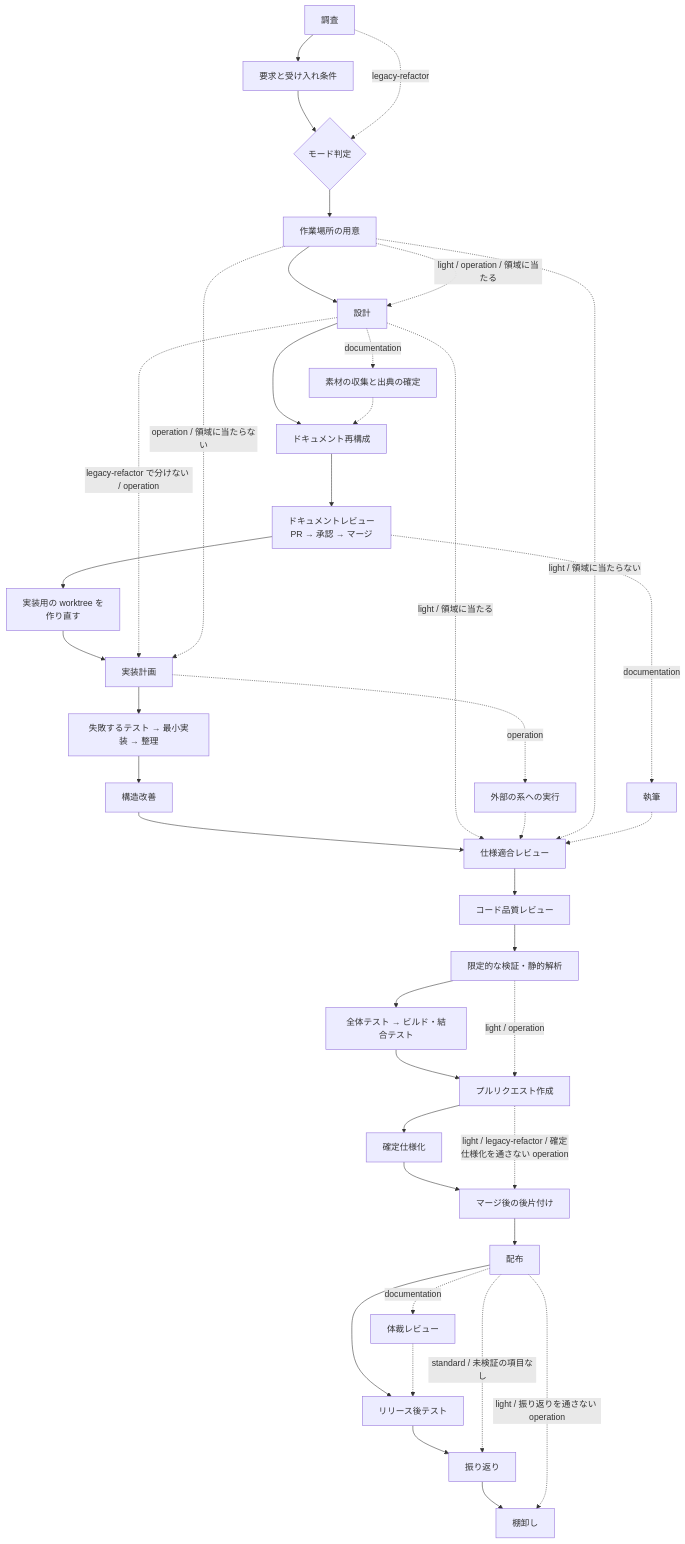
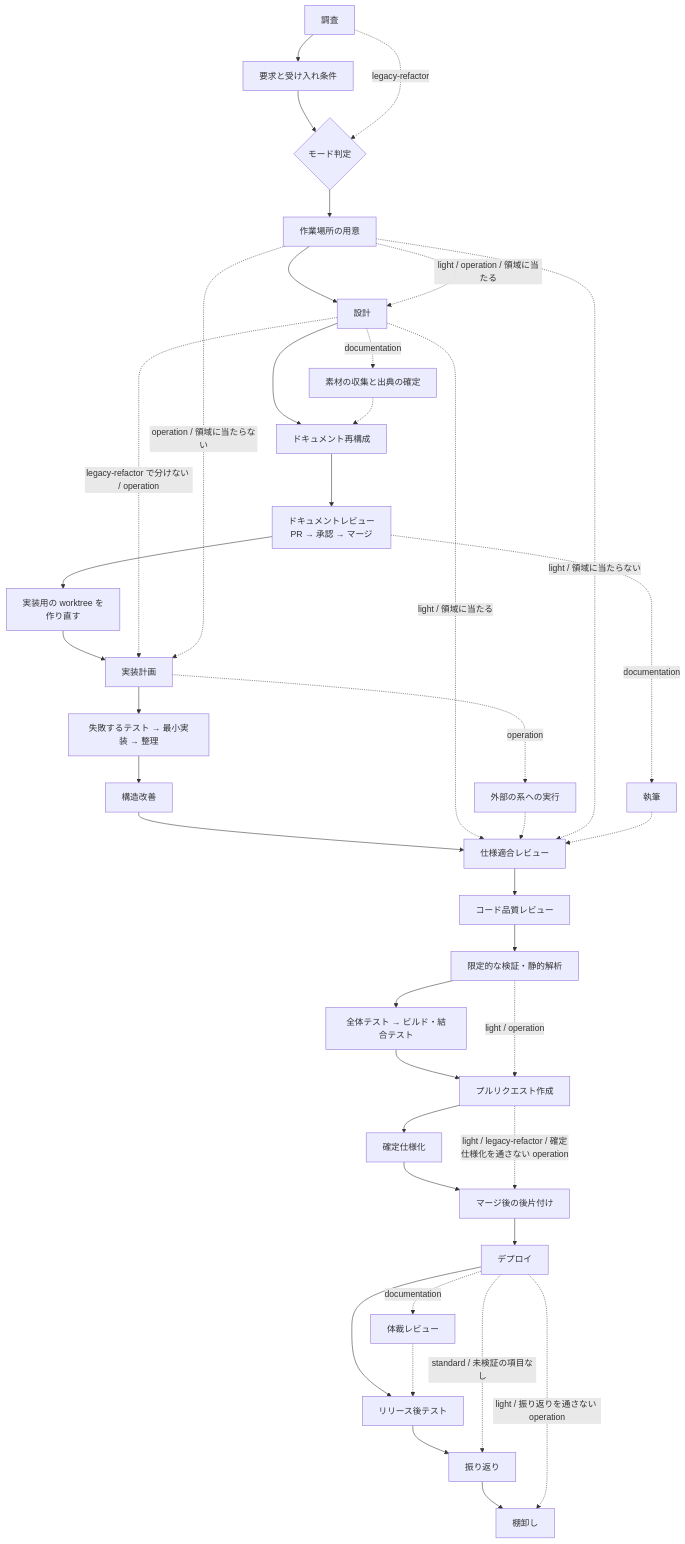
One commit to devbasex/ai-plugins changed the diagram in plugins/ndf/skills/development-workflow/references/workflow-modes.md. Above: the diagram before and after it, drawn with Mermaid. The commit also changed other lines of this file and 107 other files, not shown here.

````diff
--- a/plugins/ndf/skills/development-workflow/references/workflow-modes.md
+++ b/plugins/ndf/skills/development-workflow/references/workflow-modes.md
@@ -92,41 +92,41 @@
 ```mermaid
 flowchart TD
     A[調査] --> B[要求と受け入れ条件]
     B --> D{モード判定}
     D --> S[作業場所の用意]
     S --> C[設計]
     C --> DR[ドキュメント再構成]
     DR --> F[ドキュメントレビュー<br/>PR → 承認 → マージ]
     F --> W[実装用の worktree を<br/>作り直す]
     W --> G[実装計画]
     G --> H[失敗するテスト → 最小実装 → 整理]
     H --> R[構造改善]
     R --> I[仕様適合レビュー]
     I --> J[コード品質レビュー]
     J --> K[限定的な検証・静的解析]
     K --> N[全体テスト → ビルド・結合テスト]
     N --> L[プルリクエスト作成]
     L --> M[確定仕様化]
     M --> P[マージ後の後片付け]
-    P --> RL[配布]
+    P --> RL[デプロイ]
     RL --> Q[リリース後テスト]
     Q --> T[振り返り] --> BR[棚卸し]
     RL -.->|standard / 未検証の項目なし| T
     A -.->|legacy-refactor| D
     C -.->|"legacy-refactor で分けない / operation"| G
     C -.->|"light / 領域に当たる"| I
     S -.->|"operation / 領域に当たらない"| G
     S -.->|"light / operation / 領域に当たる"| C
     G -.->|operation| X[外部の系への実行]
     X -.-> I
     S -.->|"light / 領域に当たらない"| I
     K -.->|light / operation| L
     L -.->|light / legacy-refactor / 確定仕様化を通さない operation| P
     RL -.->|light / 振り返りを通さない operation| BR
     C -.->|documentation| SR[素材の収集と出典の確定]
     SR -.-> DR
     F -.->|documentation| DW[執筆]
     DW -.-> I
     RL -.->|documentation| LR[体裁レビュー]
     LR -.-> Q
 ```
````
